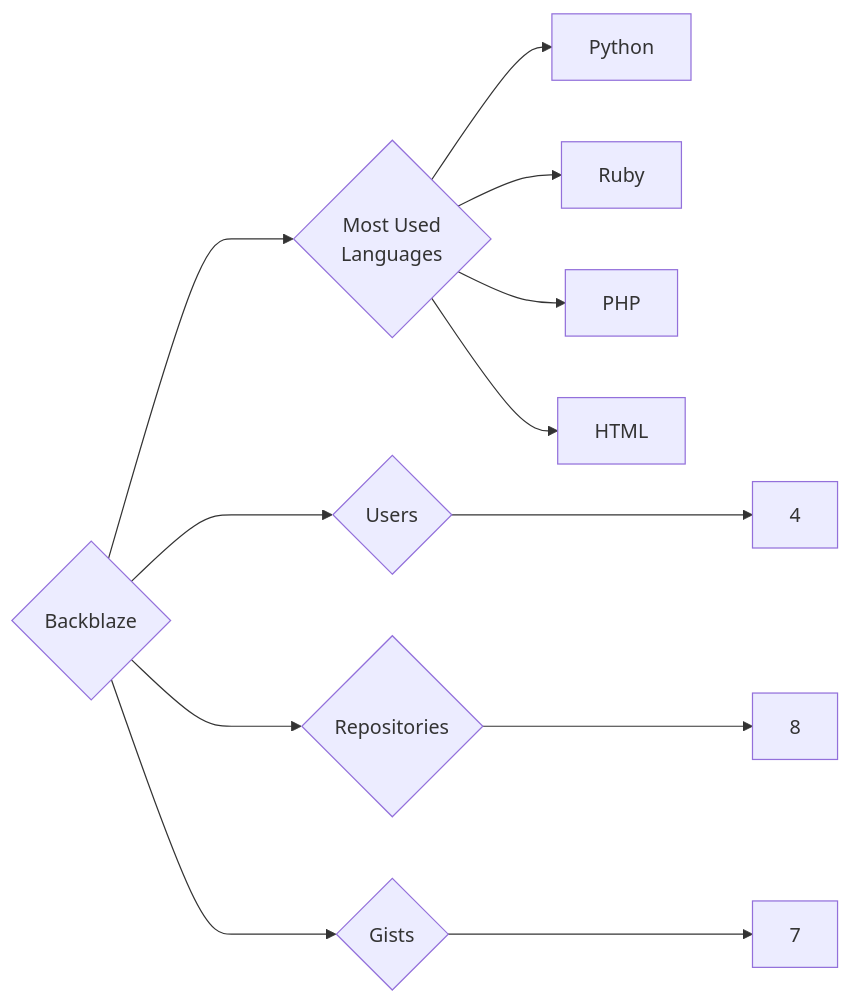
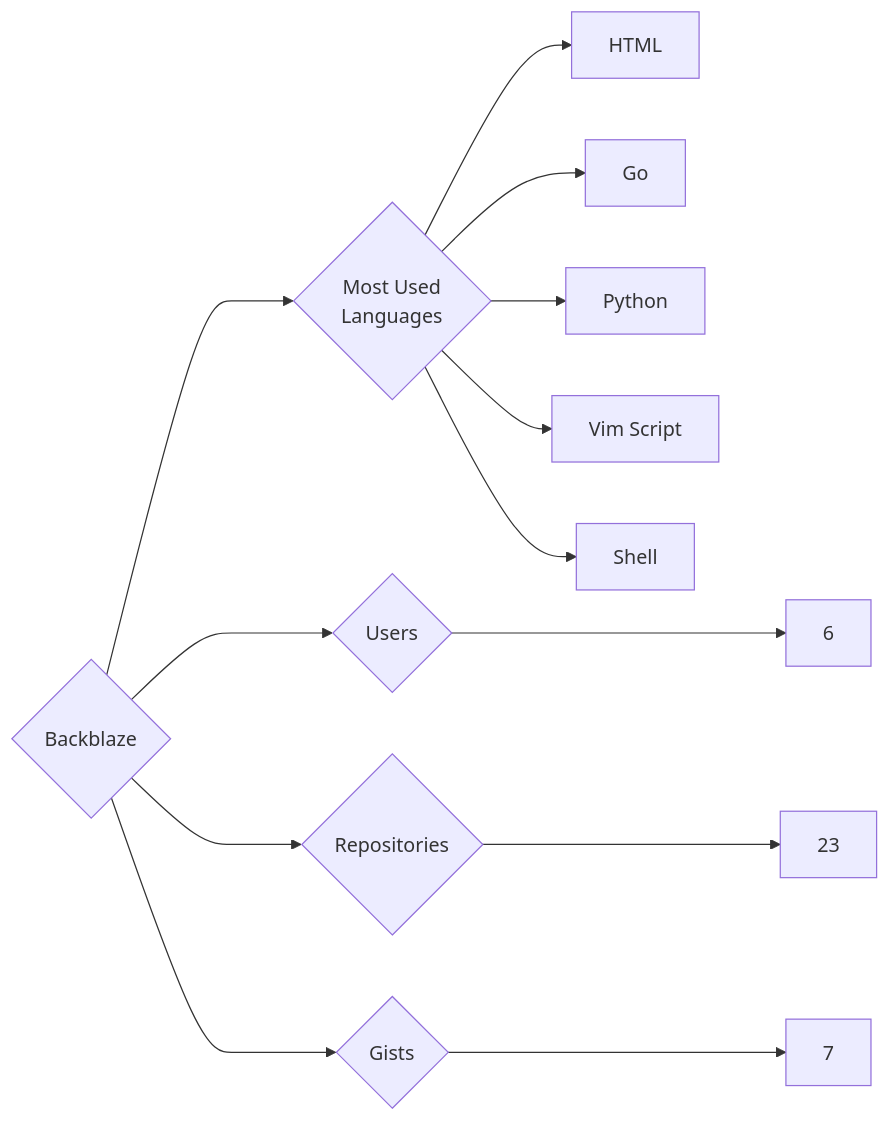
The diagram in targets/Backblaze/README.md (trickest/insiders), drawn with Mermaid before and after one commit. The commit also changed 1003 other files, not shown here.

````diff
--- a/targets/Backblaze/README.md
+++ b/targets/Backblaze/README.md
@@ -3,12 +3,13 @@
 ```mermaid
 graph LR
 COMPANY_NAME{Backblaze}
-COMPANY_NAME ---> U{Users} ---> UN[4]
-COMPANY_NAME ---> R{Repositories} ---> RN[8]
+COMPANY_NAME ---> U{Users} ---> UN[6]
+COMPANY_NAME ---> R{Repositories} ---> RN[23]
 COMPANY_NAME ---> G{Gists} ---> GN[7]
 COMPANY_NAME ---> ML{Most Used<br>Languages}
+ML --> HTML[HTML]
+ML --> Go[Go]
 ML --> Python[Python]
-ML --> Ruby[Ruby]
-ML --> PHP[PHP]
-ML --> HTML[HTML]
+ML --> Vim_Script[Vim Script]
+ML --> Shell[Shell]
 ```
````
